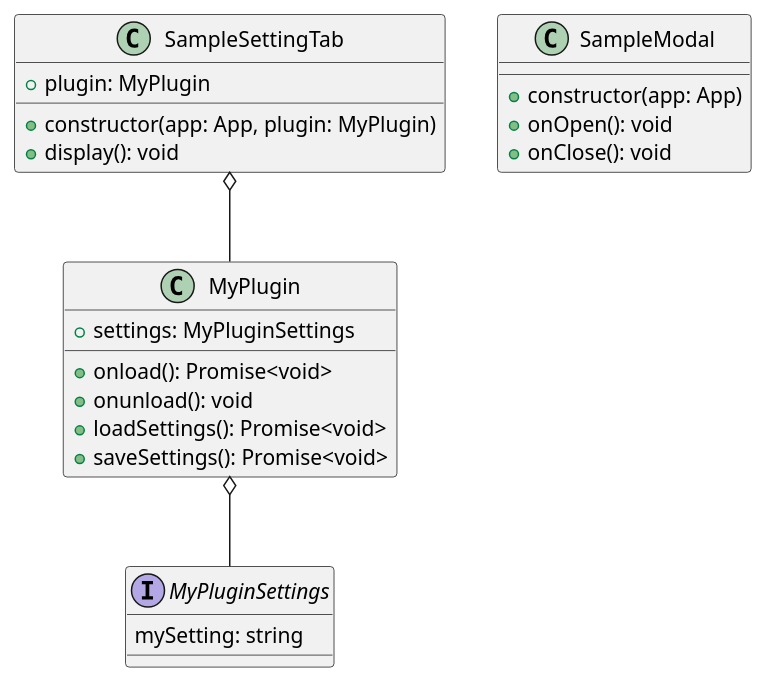
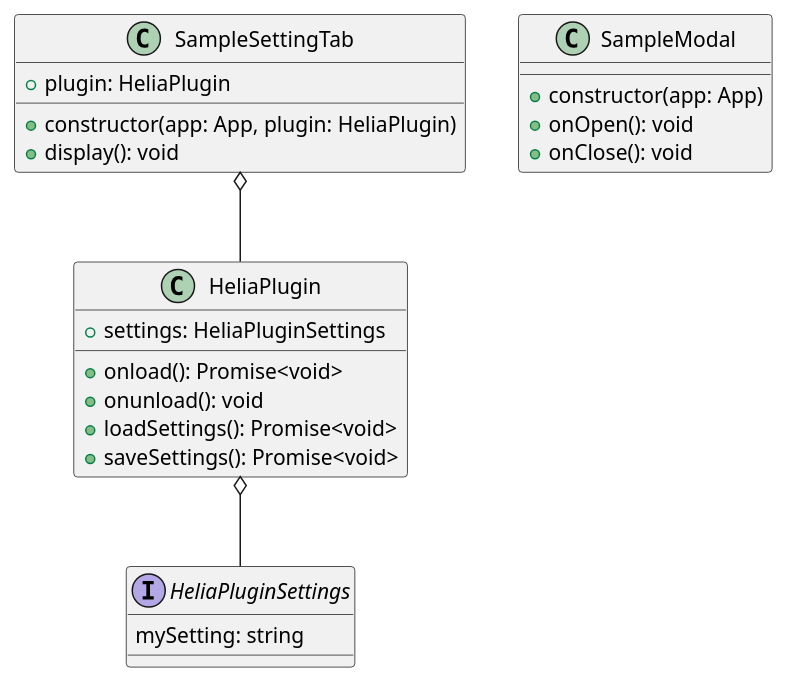
The diagram in docs/class-diagram.md (arseniy-gl/obsidian-sync-ipfs-plugin), drawn with PlantUML before and after one commit. The commit also changed other lines of this file and 1 other file, not shown here.

Commit message:
feat: Rename plugin classes to HeliaPlugin
Renamed the main plugin class from `MyPlugin` to `HeliaPlugin` and the settings interface from `MyPluginSettings` to `HeliaPluginSettings`.

This change affects the following files:
- src/main.ts
- docs/class-diagram.md

````diff
--- a/docs/class-diagram.md
+++ b/docs/class-diagram.md
@@ -5,32 +5,32 @@
 ```plantuml
 @startuml
 
-interface MyPluginSettings {
+interface HeliaPluginSettings {
   mySetting: string
 }
 
-class MyPlugin {
-  +settings: MyPluginSettings
+class HeliaPlugin {
+  +settings: HeliaPluginSettings
   +onload(): Promise<void>
   +onunload(): void
   +loadSettings(): Promise<void>
   +saveSettings(): Promise<void>
 }
 
 class SampleModal {
   +constructor(app: App)
   +onOpen(): void
   +onClose(): void
 }
 
 class SampleSettingTab {
-  +plugin: MyPlugin
-  +constructor(app: App, plugin: MyPlugin)
+  +plugin: HeliaPlugin
+  +constructor(app: App, plugin: HeliaPlugin)
   +display(): void
 }
 
-MyPlugin o-- MyPluginSettings
-SampleSettingTab o-- MyPlugin
+HeliaPlugin o-- HeliaPluginSettings
+SampleSettingTab o-- HeliaPlugin
 
 @enduml
 ```
````
